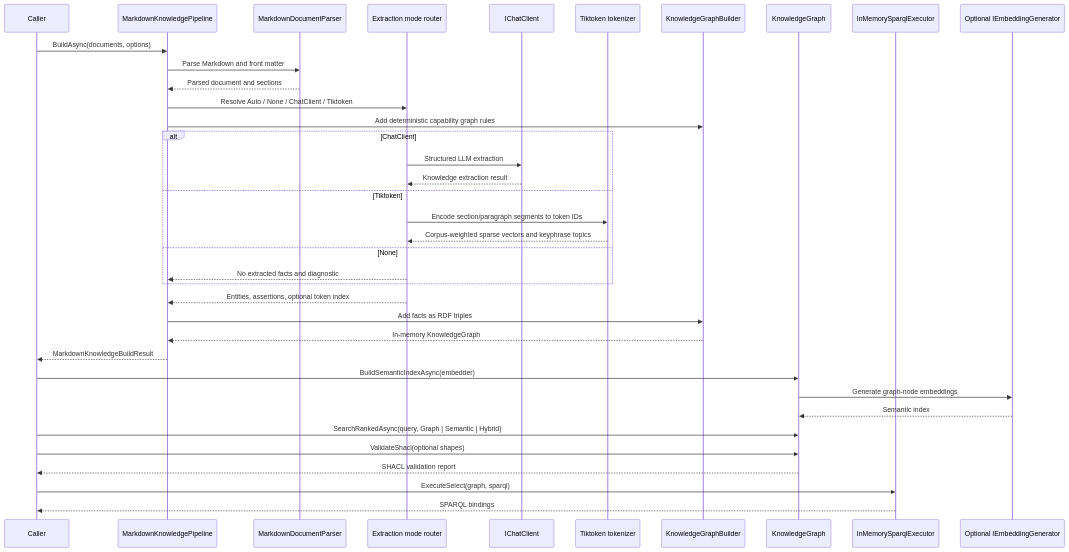
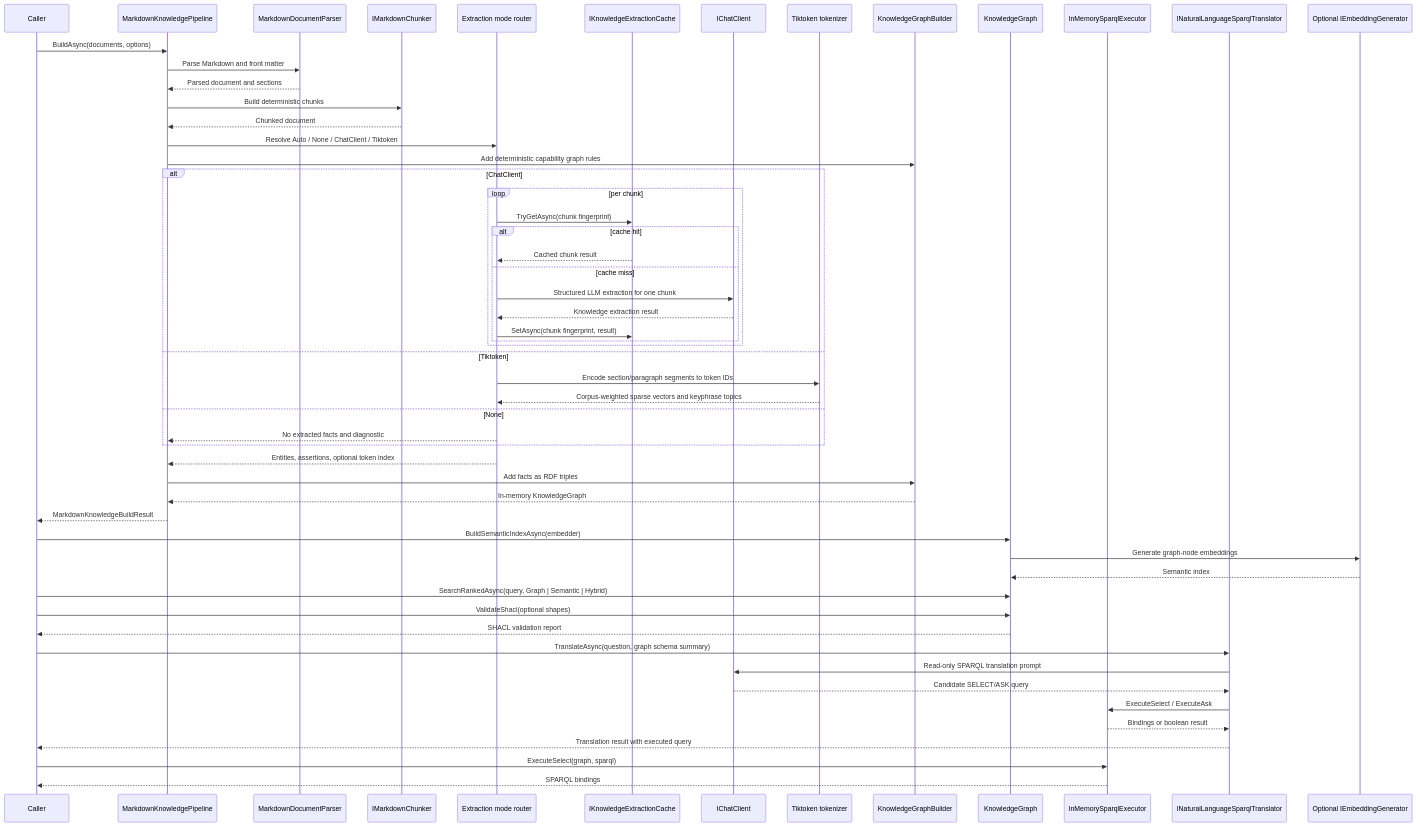
One commit to managedcode/markdown-ld-kb changed the second of 7 diagrams in docs/Architecture.md. Above: the diagram before and after it, drawn with Mermaid. The commit also changed other lines of this file and 85 other files, not shown here.

Commit message:
Add chunked extraction and reorganize source tree

````diff
--- a/docs/Architecture.md
+++ b/docs/Architecture.md
@@ -47,40 +55,59 @@
 ```mermaid
 sequenceDiagram
     participant Caller
     participant Pipeline as MarkdownKnowledgePipeline
     participant Parser as MarkdownDocumentParser
+    participant Chunker as IMarkdownChunker
     participant Router as Extraction mode router
+    participant Cache as IKnowledgeExtractionCache
     participant Chat as IChatClient
     participant Tokenizer as Tiktoken tokenizer
     participant Graph as KnowledgeGraphBuilder
     participant BuiltGraph as KnowledgeGraph
     participant Query as InMemorySparqlExecutor
+    participant Translator as INaturalLanguageSparqlTranslator
     participant Embedder as Optional IEmbeddingGenerator
 
     Caller->>Pipeline: BuildAsync(documents, options)
     Pipeline->>Parser: Parse Markdown and front matter
     Parser-->>Pipeline: Parsed document and sections
+    Pipeline->>Chunker: Build deterministic chunks
+    Chunker-->>Pipeline: Chunked document
     Pipeline->>Router: Resolve Auto / None / ChatClient / Tiktoken
     Pipeline->>Graph: Add deterministic capability graph rules
     alt ChatClient
-        Router->>Chat: Structured LLM extraction
-        Chat-->>Router: Knowledge extraction result
+        loop per chunk
+            Router->>Cache: TryGetAsync(chunk fingerprint)
+            alt cache hit
+                Cache-->>Router: Cached chunk result
+            else cache miss
+                Router->>Chat: Structured LLM extraction for one chunk
+                Chat-->>Router: Knowledge extraction result
+                Router->>Cache: SetAsync(chunk fingerprint, result)
+            end
+        end
     else Tiktoken
         Router->>Tokenizer: Encode section/paragraph segments to token IDs
         Tokenizer-->>Router: Corpus-weighted sparse vectors and keyphrase topics
     else None
         Router-->>Pipeline: No extracted facts and diagnostic
     end
     Router-->>Pipeline: Entities, assertions, optional token index
     Pipeline->>Graph: Add facts as RDF triples
     Graph-->>Pipeline: In-memory KnowledgeGraph
     Pipeline-->>Caller: MarkdownKnowledgeBuildResult
     Caller->>BuiltGraph: BuildSemanticIndexAsync(embedder)
     BuiltGraph->>Embedder: Generate graph-node embeddings
     Embedder-->>BuiltGraph: Semantic index
     Caller->>BuiltGraph: SearchRankedAsync(query, Graph | Semantic | Hybrid)
     Caller->>BuiltGraph: ValidateShacl(optional shapes)
     BuiltGraph-->>Caller: SHACL validation report
+    Caller->>Translator: TranslateAsync(question, graph schema summary)
+    Translator->>Chat: Read-only SPARQL translation prompt
+    Chat-->>Translator: Candidate SELECT/ASK query
+    Translator->>Query: ExecuteSelect / ExecuteAsk
+    Query-->>Translator: Bindings or boolean result
+    Translator-->>Caller: Translation result with executed query
     Caller->>Query: ExecuteSelect(graph, sparql)
     Query-->>Caller: SPARQL bindings
 ```
````
